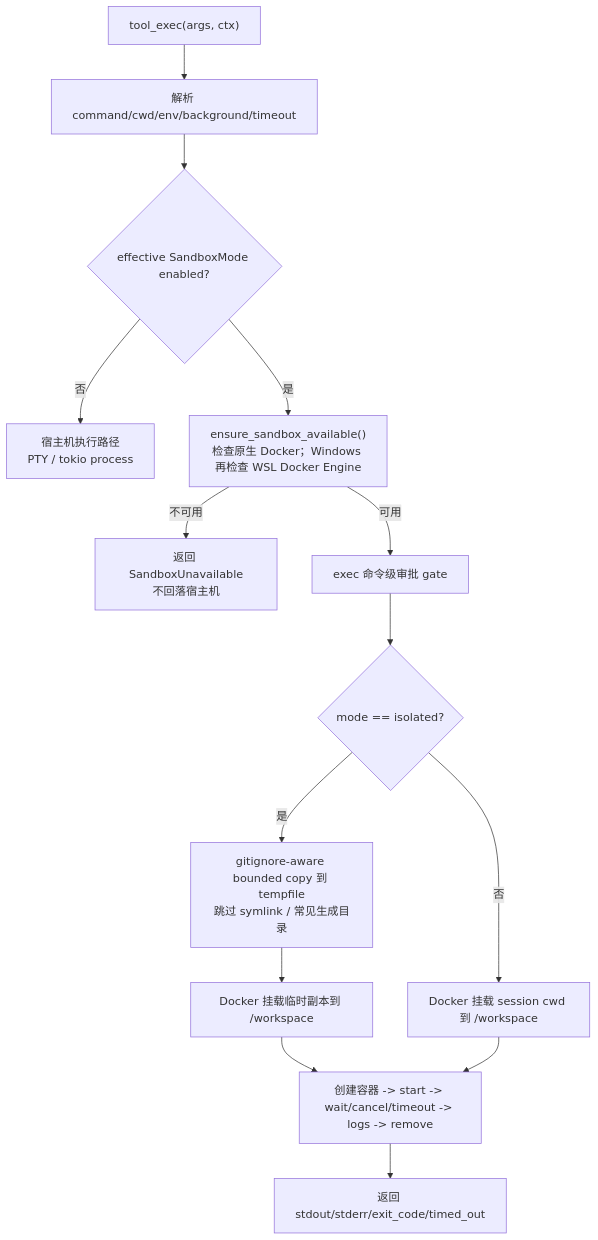
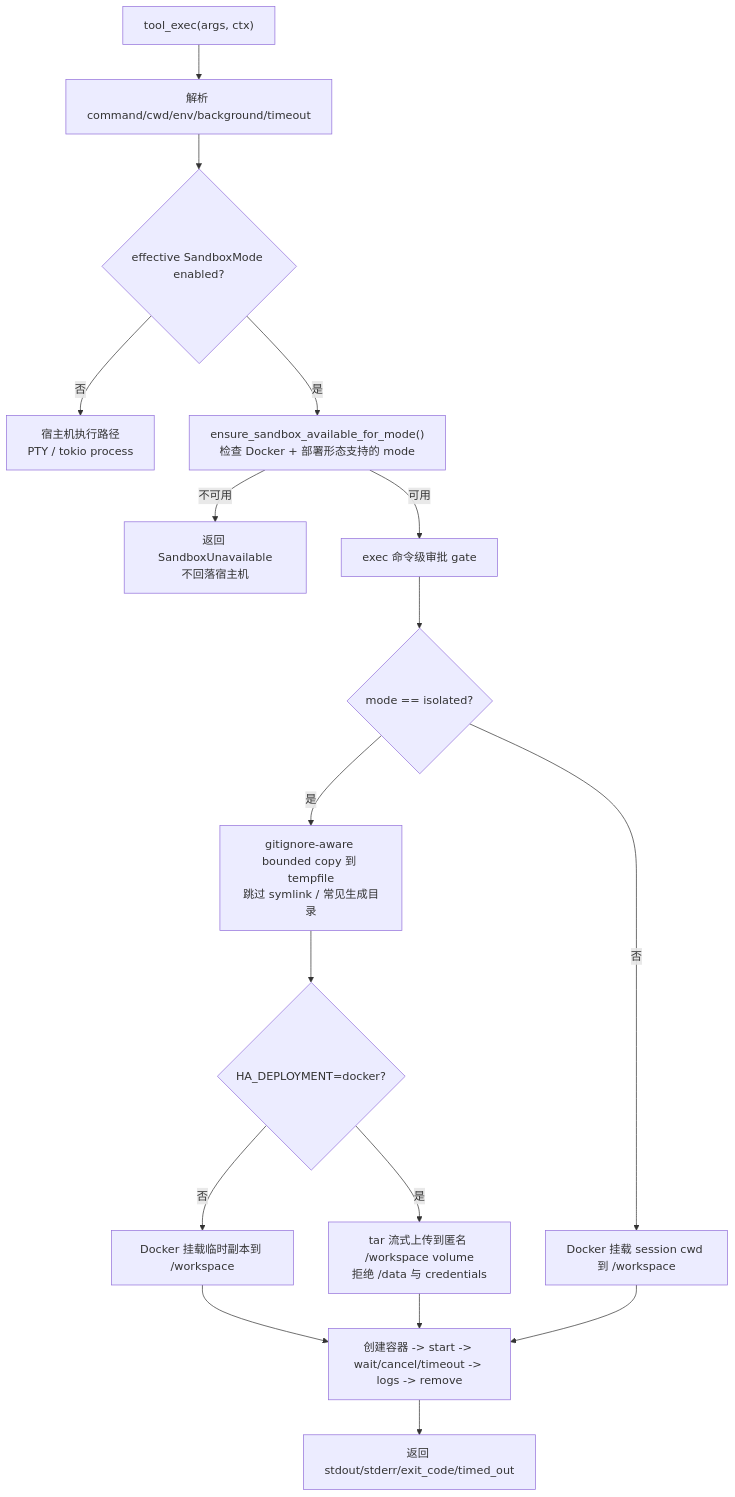
Before and after one commit to zhukai9527/hope-agent: the first of 2 diagrams in docs/architecture/sandbox.md, drawn with Mermaid. The commit also changed other lines of this file and 315 other files, not shown here.

````diff
--- a/docs/architecture/sandbox.md
+++ b/docs/architecture/sandbox.md
@@ -255,16 +255,19 @@
 ```mermaid
 flowchart TD
     A["tool_exec(args, ctx)"] --> B["解析 command/cwd/env/background/timeout"]
     B --> C{"effective SandboxMode enabled?"}
     C -->|否| H["宿主机执行路径<br/>PTY / tokio process"]
-    C -->|是| D["ensure_sandbox_available()<br/>检查原生 Docker；Windows 再检查 WSL Docker Engine"]
+    C -->|是| D["ensure_sandbox_available_for_mode()<br/>检查 Docker + 部署形态支持的 mode"]
     D -->|不可用| E["返回 SandboxUnavailable<br/>不回落宿主机"]
     D -->|可用| F["exec 命令级审批 gate"]
     F --> G{"mode == isolated?"}
     G -->|是| I["gitignore-aware bounded copy 到 tempfile<br/>跳过 symlink / 常见生成目录"]
-    I --> J["Docker 挂载临时副本到 /workspace"]
+    I --> N{"HA_DEPLOYMENT=docker?"}
+    N -->|否| J["Docker 挂载临时副本到 /workspace"]
+    N -->|是| O["tar 流式上传到匿名 /workspace volume<br/>拒绝 /data 与 credentials"]
     G -->|否| K["Docker 挂载 session cwd 到 /workspace"]
     J --> L["创建容器 -> start -> wait/cancel/timeout -> logs -> remove"]
+    O --> L
     K --> L
     L --> M["返回 stdout/stderr/exit_code/timed_out"]
 ```
````
